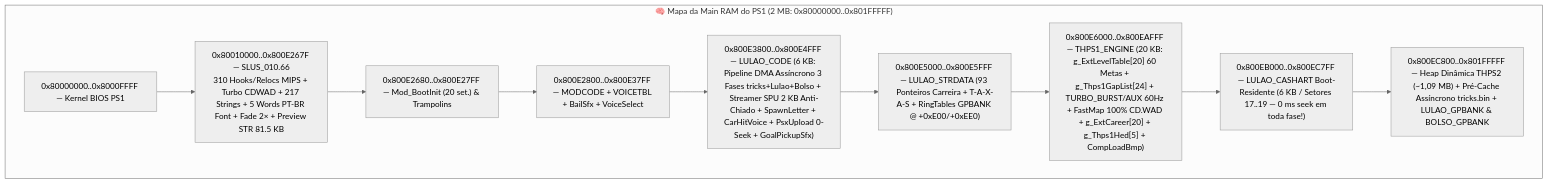
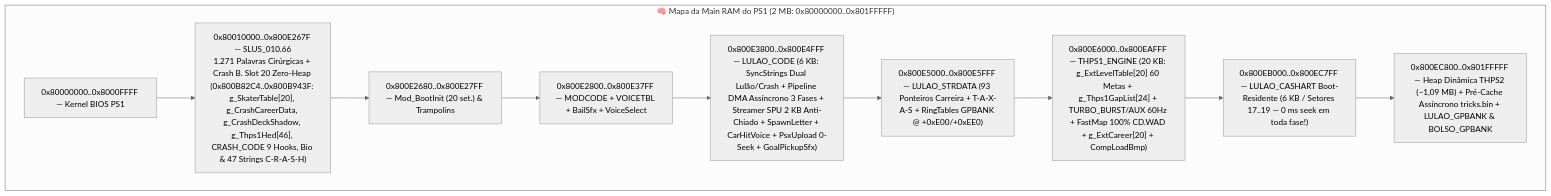
One commit to WagnerxOliveira/Tony_Hawk-s_Pro_Skater_2_Mod_PSX changed the eighth of 8 diagrams in HISTORIA_DO_PROJETO_THPS2_MOD.md. Above: the diagram before and after it, drawn with Mermaid (neutral theme). The commit also changed other lines of this file and 15 other files, not shown here.

Commit message:
feat: adiciona Crash B. (Slot 20), 8 shapes Crash 3, moveset Bob+Rodney e coletaveis 3D exclusivos

````diff
--- a/HISTORIA_DO_PROJETO_THPS2_MOD.md
+++ b/HISTORIA_DO_PROJETO_THPS2_MOD.md
@@ -701,15 +758,15 @@
 ```mermaid
 flowchart TB
     subgraph RAM["🧠 Mapa da Main RAM do PS1 (2 MB: 0x80000000..0x801FFFFF)"]
         K["0x80000000..0x8000FFFF — Kernel BIOS PS1"]
-        E["0x80010000..0x800E267F — SLUS_010.66<br/>310 Hooks/Relocs MIPS + Turbo CDWAD + 217 Strings + 5 Words PT-BR Font + Fade 2× + Preview STR 81.5 KB"]
+        E["0x80010000..0x800E267F — SLUS_010.66<br/>1.271 Palavras Cirúrgicas + Crash B. Slot 20 Zero-Heap (0x800B82C4..0x800B943F: g_SkaterTable[20], g_CrashCareerData, g_CrashDeckShadow, g_Thps1Hed[46], CRASH_CODE 9 Hooks, Bio & 47 Strings C-R-A-S-H)"]
         B["0x800E2680..0x800E27FF — Mod_BootInit (20 set.) & Trampolins"]
         M["0x800E2800..0x800E37FF — MODCODE + VOICETBL + BailSfx + VoiceSelect"]
-        L["0x800E3800..0x800E4FFF — LULAO_CODE (6 KB: Pipeline DMA Assíncrono 3 Fases tricks+Lulao+Bolso + Streamer SPU 2 KB Anti-Chiado + SpawnLetter + CarHitVoice + PsxUpload 0-Seek + GoalPickupSfx)"]
+        L["0x800E3800..0x800E4FFF — LULAO_CODE (6 KB: SyncStrings Dual Lulão/Crash + Pipeline DMA Assíncrono 3 Fases + Streamer SPU 2 KB Anti-Chiado + SpawnLetter + CarHitVoice + PsxUpload 0-Seek + GoalPickupSfx)"]
         S["0x800E5000..0x800E5FFF — LULAO_STRDATA (93 Ponteiros Carreira + T-A-X-A-S + RingTables GPBANK @ +0xE00/+0xEE0)"]
-        T["0x800E6000..0x800EAFFF — THPS1_ENGINE (20 KB: g_ExtLevelTable[20] 60 Metas + g_Thps1GapList[24] + TURBO_BURST/AUX 60Hz + FastMap 100% CD.WAD + g_ExtCareer[20] + g_Thps1Hed[5] + CompLoadBmp)"]
+        T["0x800E6000..0x800EAFFF — THPS1_ENGINE (20 KB: g_ExtLevelTable[20] 60 Metas + g_Thps1GapList[24] + TURBO_BURST/AUX 60Hz + FastMap 100% CD.WAD + g_ExtCareer[20] + CompLoadBmp)"]
         C["0x800EB000..0x800EC7FF — LULAO_CASHART Boot-Residente (6 KB / Setores 17..19 — 0 ms seek em toda fase!)"]
         H["0x800EC800..0x801FFFFF — Heap Dinâmica THPS2 (~1,09 MB) + Pré-Cache Assíncrono tricks.bin + LULAO_GPBANK & BOLSO_GPBANK"]
     end
     K --> E --> B --> M --> L --> S --> T --> C --> H
 ```
````
